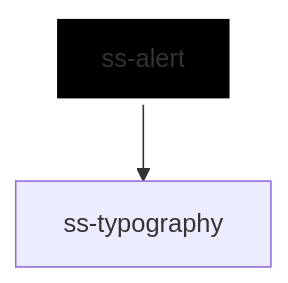
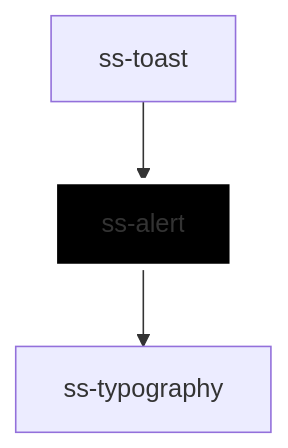
One commit to slice-soft/ss-stencil-web-components-lib changed the diagram in src/components/molecules/ss-alert/readme.md. Above: the diagram before and after it, drawn with Mermaid. The commit also changed other lines of this file and 81 other files, not shown here.

````diff
--- a/src/components/molecules/ss-alert/readme.md
+++ b/src/components/molecules/ss-alert/readme.md
@@ -55,5 +59,6 @@
 ```mermaid
 graph TD;
   ss-alert --> ss-typography
+  ss-toast --> ss-alert
   style ss-alert fill:#000,stroke:#fff,stroke-width:4px
 ```
````
